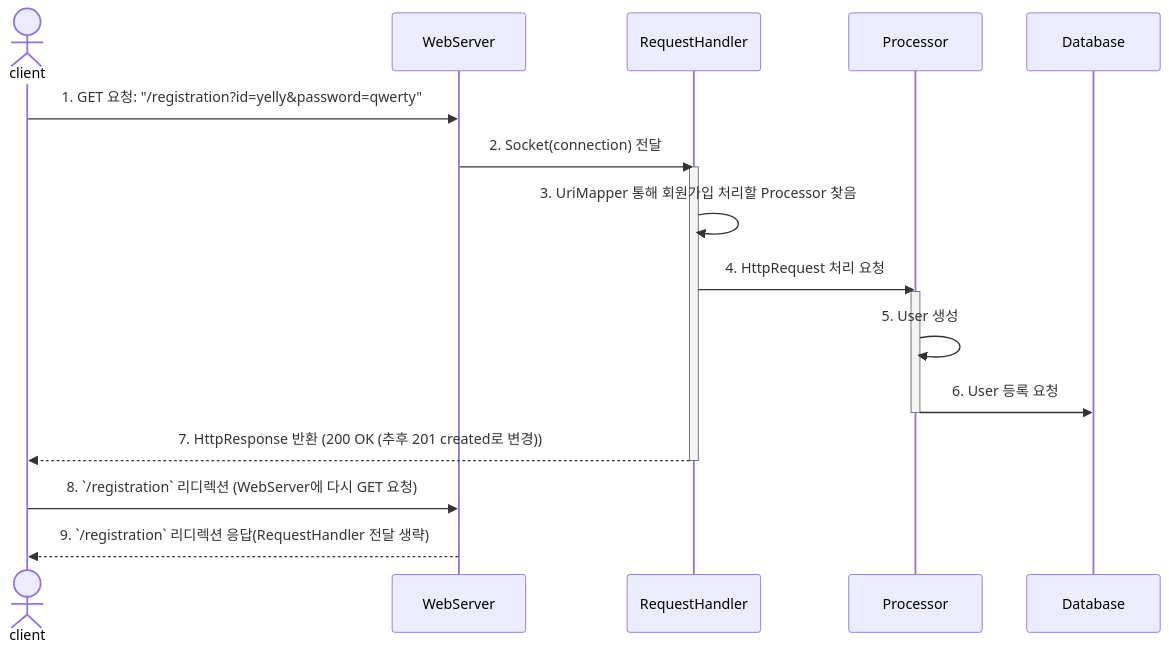
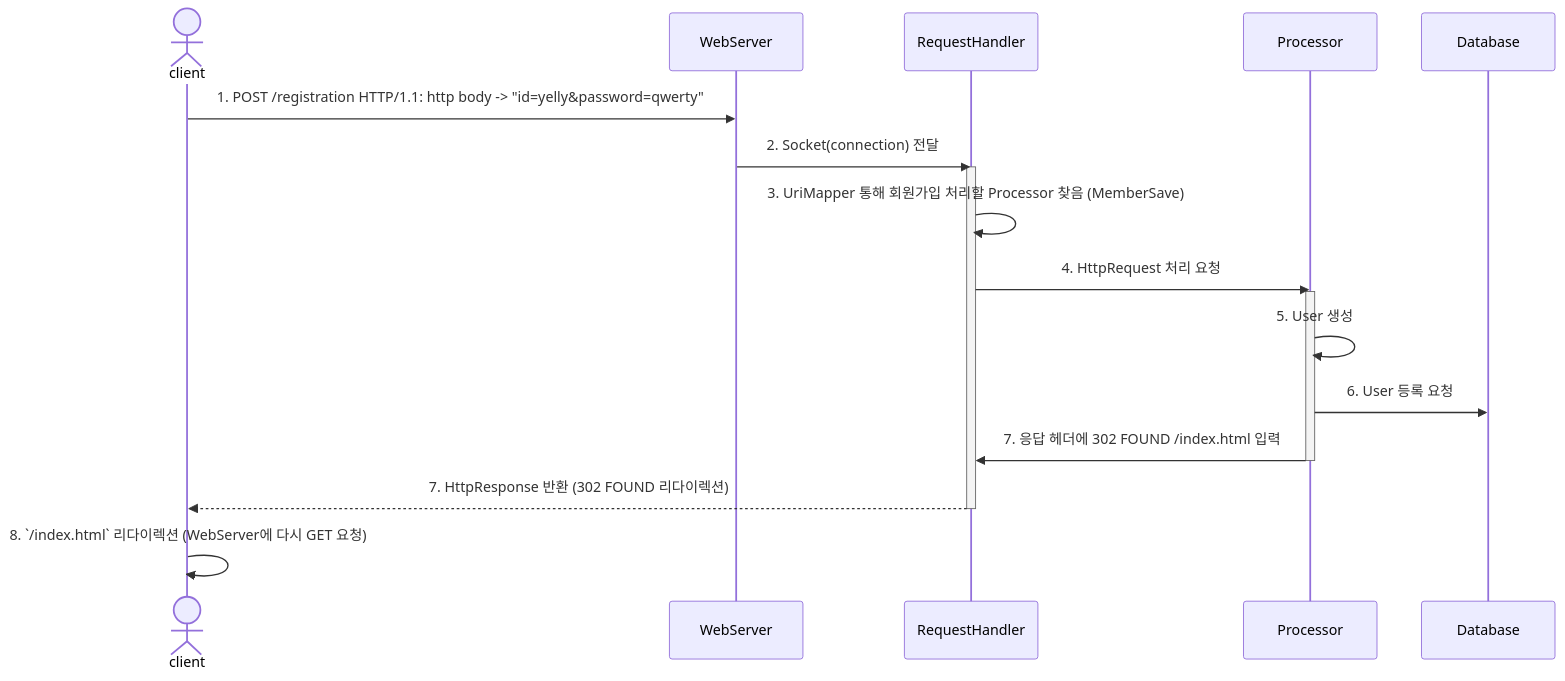
One commit to codesquad-members-2024/be-was-neon changed the third of 4 diagrams in README.md. Above: the diagram before and after it, drawn with Mermaid. The commit also changed other lines of this file, not shown here.

````diff
--- a/README.md
+++ b/README.md
@@ -59,17 +66,17 @@
 ```mermaid
 sequenceDiagram
     actor client
-    client->>WebServer: 1. GET 요청: "/registration?id=yelly&password=qwerty"
+    client->>WebServer: 1. POST /registration HTTP/1.1: http body -> "id=yelly&password=qwerty"
     WebServer->>RequestHandler: 2. Socket(connection) 전달
     activate RequestHandler
-    RequestHandler->>RequestHandler: 3. UriMapper 통해 회원가입 처리할 Processor 찾음
+    RequestHandler->>RequestHandler: 3. UriMapper 통해 회원가입 처리할 Processor 찾음 (MemberSave)
     RequestHandler->>Processor: 4. HttpRequest 처리 요청
     activate Processor
     Processor->>Processor: 5. User 생성
     Processor->>Database: 6. User 등록 요청
+    Processor->>RequestHandler: 7. 응답 헤더에 302 FOUND /index.html 입력
     deactivate Processor
-    RequestHandler-->>client: 7. HttpResponse 반환 (200 OK (추후 201 created로 변경))
+    RequestHandler-->>client: 7. HttpResponse 반환 (302 FOUND 리다이렉션)
     deactivate RequestHandler
-    client->>WebServer: 8. `/registration` 리디렉션 (WebServer에 다시 GET 요청)
-    WebServer-->>client: 9. `/registration` 리디렉션 응답(RequestHandler 전달 생략)
+    client->>client: 8. `/index.html` 리다이렉션 (WebServer에 다시 GET 요청)
 ```
````
